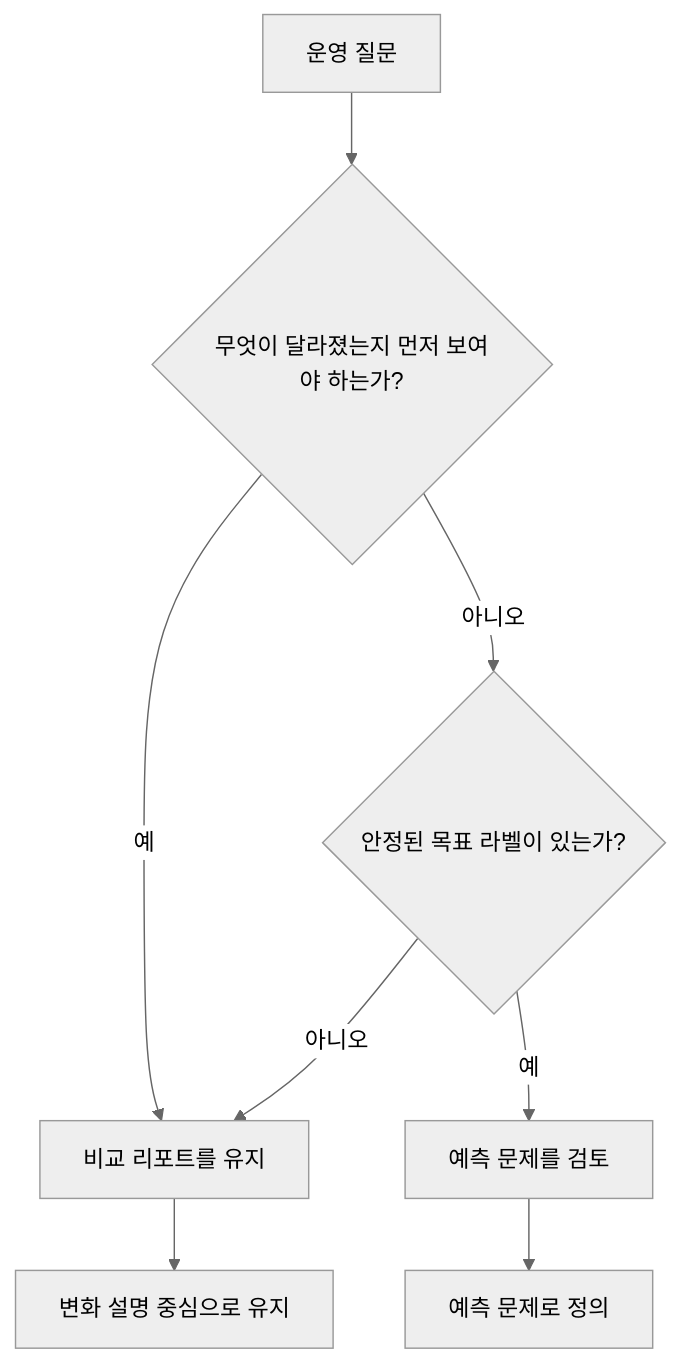
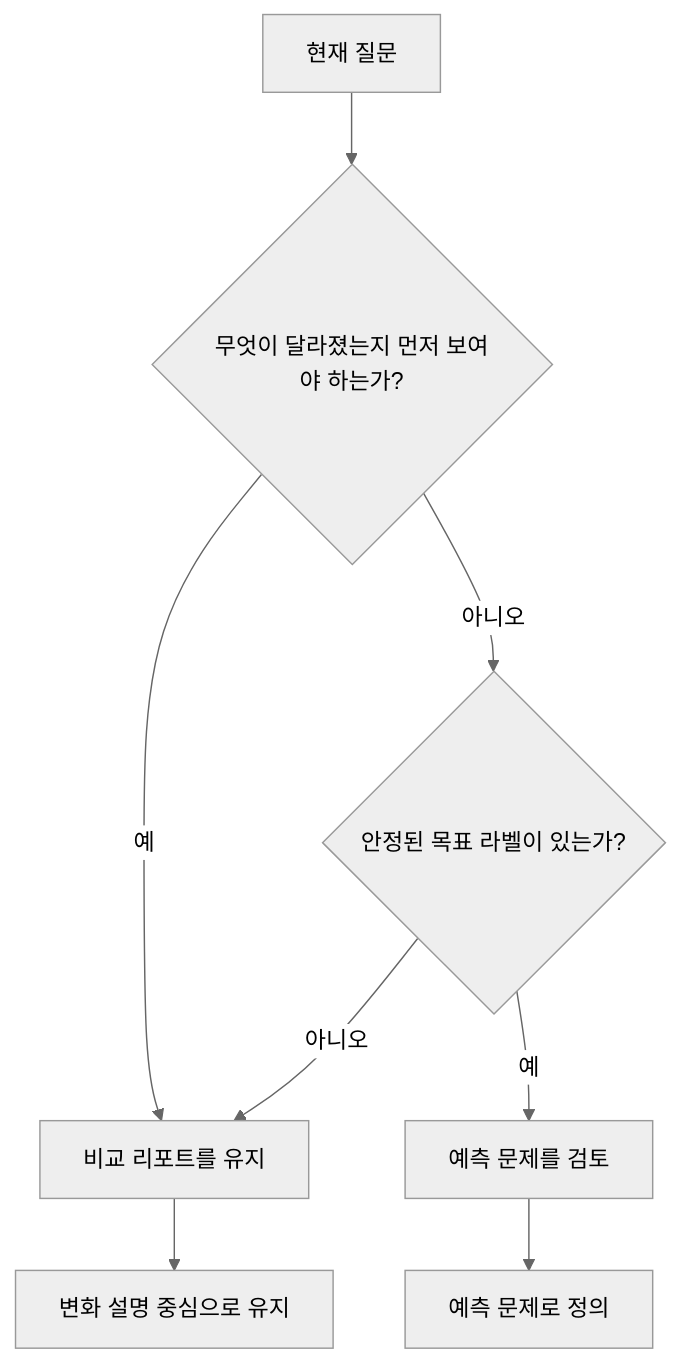
Before and after one commit to devchan64/AiBook: the diagram in docs/parts/part-03/chapter-09/section-02.md, drawn with Mermaid (neutral theme). The commit also changed other lines of this file and 43 other files, not shown here.

````diff
--- a/docs/parts/part-03/chapter-09/section-02.md
+++ b/docs/parts/part-03/chapter-09/section-02.md
@@ -54,12 +54,12 @@
 ```mermaid
 flowchart TD
-    A[운영 질문]
+    A[현재 질문]
     A --> B{무엇이 달라졌는지 먼저 보여야 하는가?}
     B -->|예| C[비교 리포트를 유지]
     B -->|아니오| D{안정된 목표 라벨이 있는가?}
     D -->|아니오| C
     D -->|예| E[예측 문제를 검토]
 
     C --> F[변화 설명 중심으로 유지]
     E --> G[예측 문제로 정의]
 ```
````
